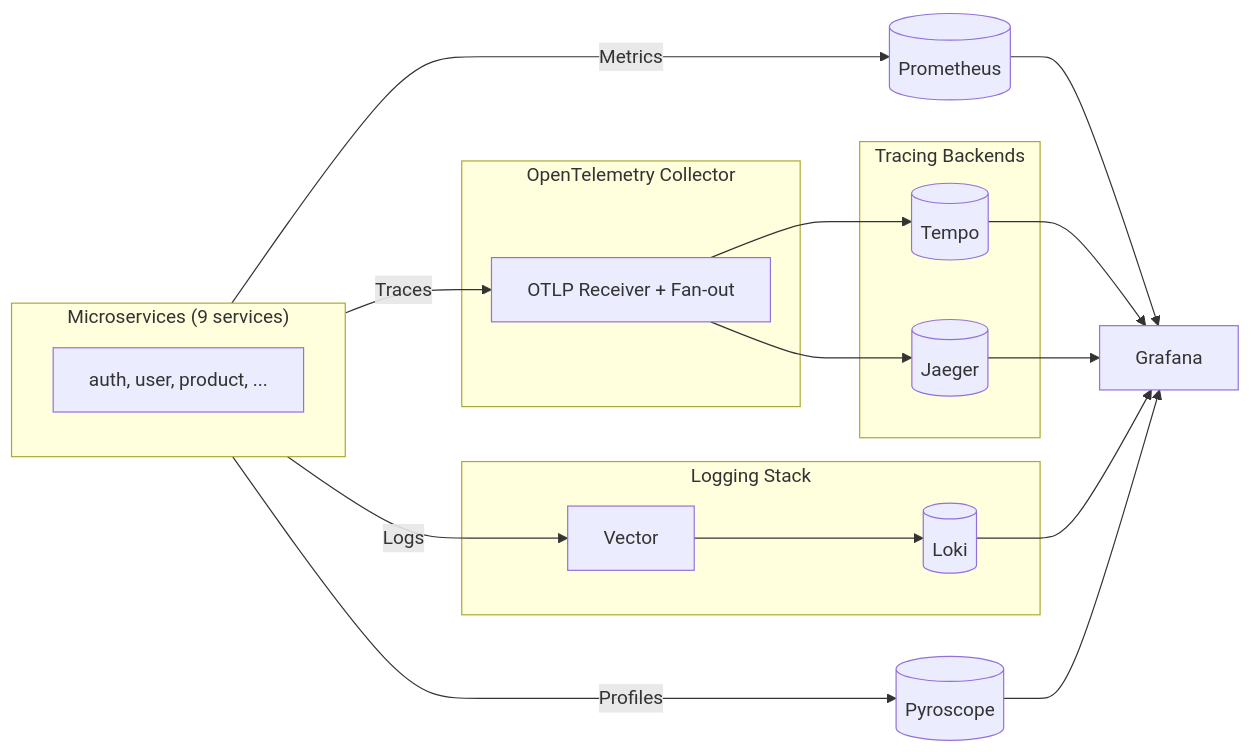
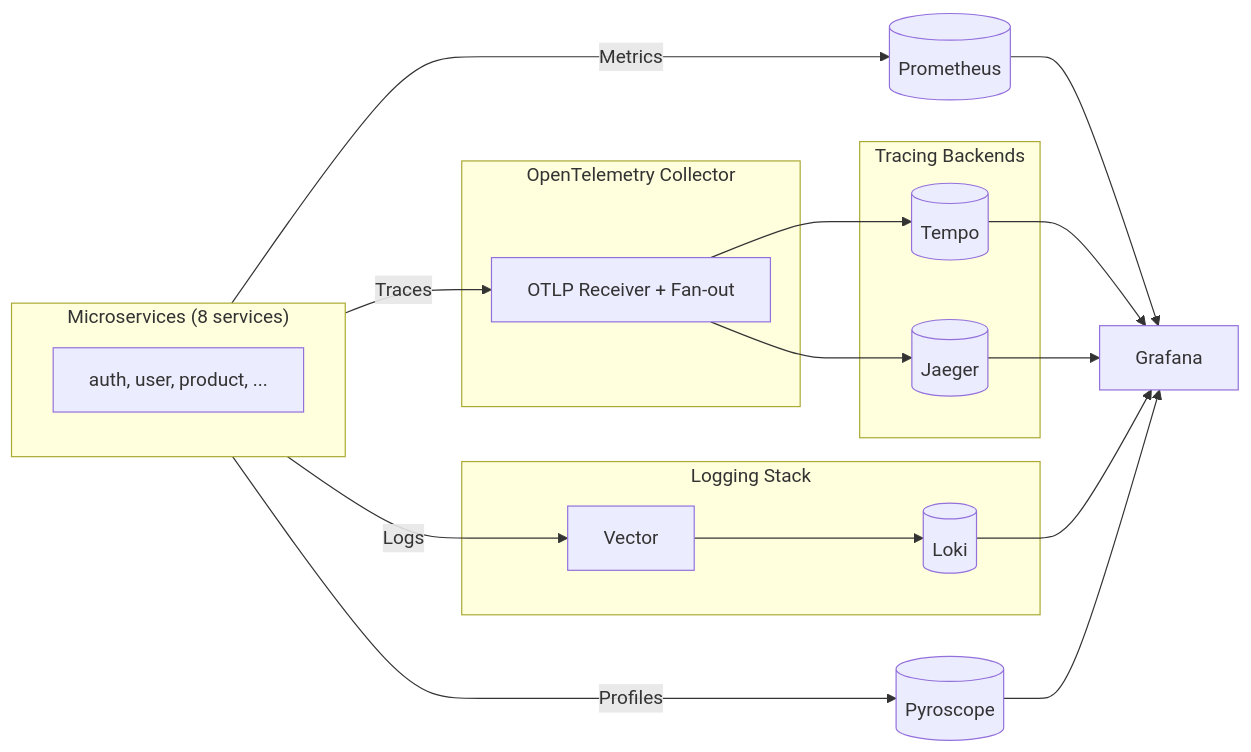
Before and after one commit to duynhlab/homelab: the diagram in docs/observability/apm/README.md, drawn with Mermaid. The commit also changed 17 other files, not shown here.

````diff
--- a/docs/observability/apm/README.md
+++ b/docs/observability/apm/README.md
@@ -85,33 +85,33 @@
 ```mermaid
 flowchart LR
-    subgraph Apps["Microservices (9 services)"]
+    subgraph Apps["Microservices (8 services)"]
         Services[auth, user, product, ...]
     end
     
     subgraph Collector["OpenTelemetry Collector"]
         OTel[OTLP Receiver + Fan-out]
     end
     
     subgraph TracingBackends["Tracing Backends"]
         Tempo[(Tempo)]
         Jaeger[(Jaeger)]
     end
     
     subgraph LoggingStack["Logging Stack"]
         Vector[Vector]
         Loki[(Loki)]
     end
     
     Apps -->|Metrics| Prometheus[(Prometheus)]
     Apps -->|Traces| OTel
     OTel --> Tempo
     OTel --> Jaeger
     Apps -->|Logs| Vector --> Loki
     Apps -->|Profiles| Pyroscope[(Pyroscope)]
     
     Prometheus --> Grafana[Grafana]
     Tempo --> Grafana
     Jaeger --> Grafana
     Loki --> Grafana
     Pyroscope --> Grafana
 ```
````
